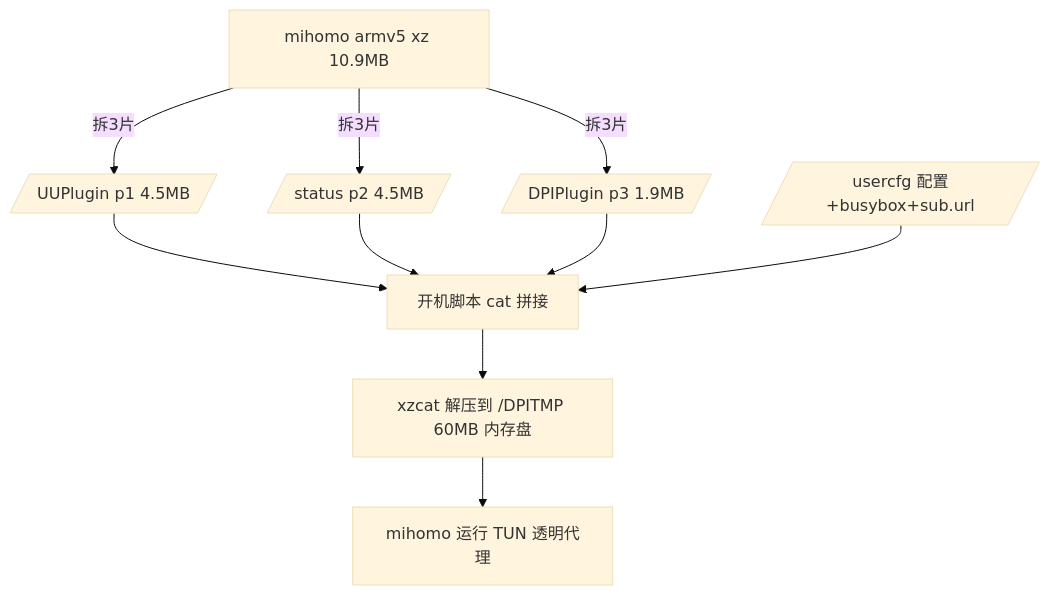
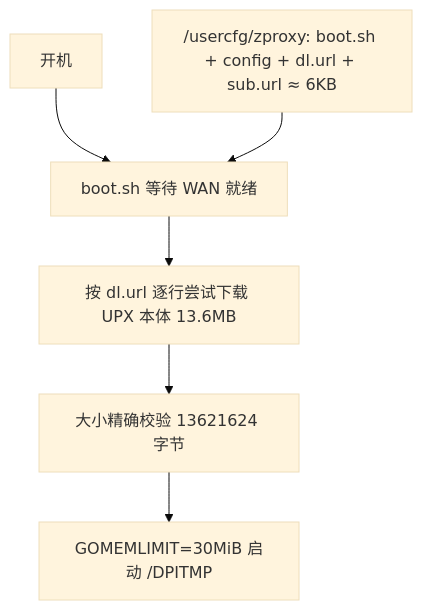
The second of 2 diagrams in src/content/posts/中兴AX3000/中兴E2631巡天AX3000固件解密与mihomo透明代理全攻略_Firefly格式.md (Zlion-Y/Firefly), drawn with Mermaid (base theme) before and after one commit. The commit also changed other lines of this file, not shown here.

````diff
--- a/src/content/posts/中兴AX3000/中兴E2631巡天AX3000固件解密与mihomo透明代理全攻略_Firefly格式.md
+++ b/src/content/posts/中兴AX3000/中兴E2631巡天AX3000固件解密与mihomo透明代理全攻略_Firefly格式.md
@@ -123,12 +149,8 @@
 ```mermaid
 graph TD
-    A[mihomo armv5 xz 10.9MB] -->|拆3片| B[/UUPlugin p1 4.5MB/]
-    A -->|拆3片| C[/status p2 4.5MB/]
-    A -->|拆3片| D[/DPIPlugin p3 1.9MB/]
-    B --> E[开机脚本 cat 拼接]
-    C --> E
-    D --> E
-    E --> F[xzcat 解压到 /DPITMP 60MB 内存盘]
-    F --> G[mihomo 运行 TUN 透明代理]
-    H[/usercfg 配置+busybox+sub.url/] --> E
+    A["开机"] --> B["boot.sh 等待 WAN 就绪"]
+    B --> C["按 dl.url 逐行尝试下载 UPX 本体 13.6MB"]
+    C --> D["大小精确校验 13621624 字节"]
+    D --> E["GOMEMLIMIT=30MiB 启动 /DPITMP"]
+    F["/usercfg/zproxy: boot.sh + config + dl.url + sub.url ≈ 6KB"] --> B
 ```
````
